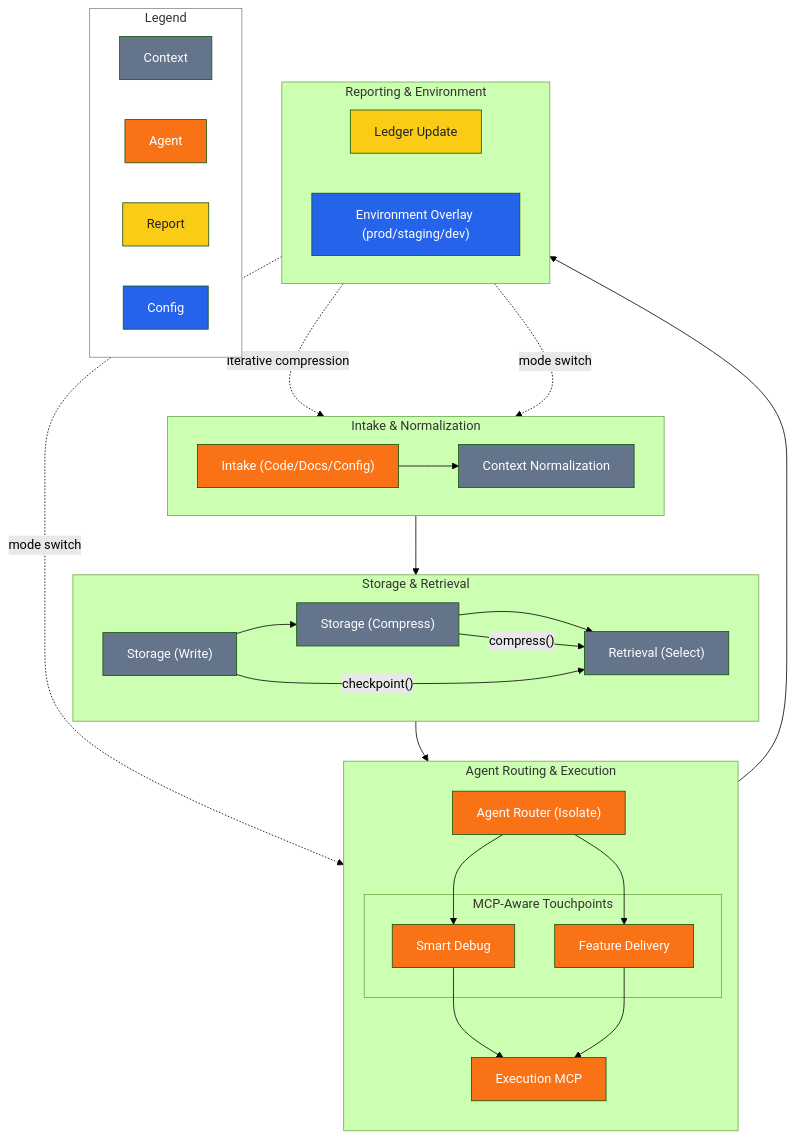
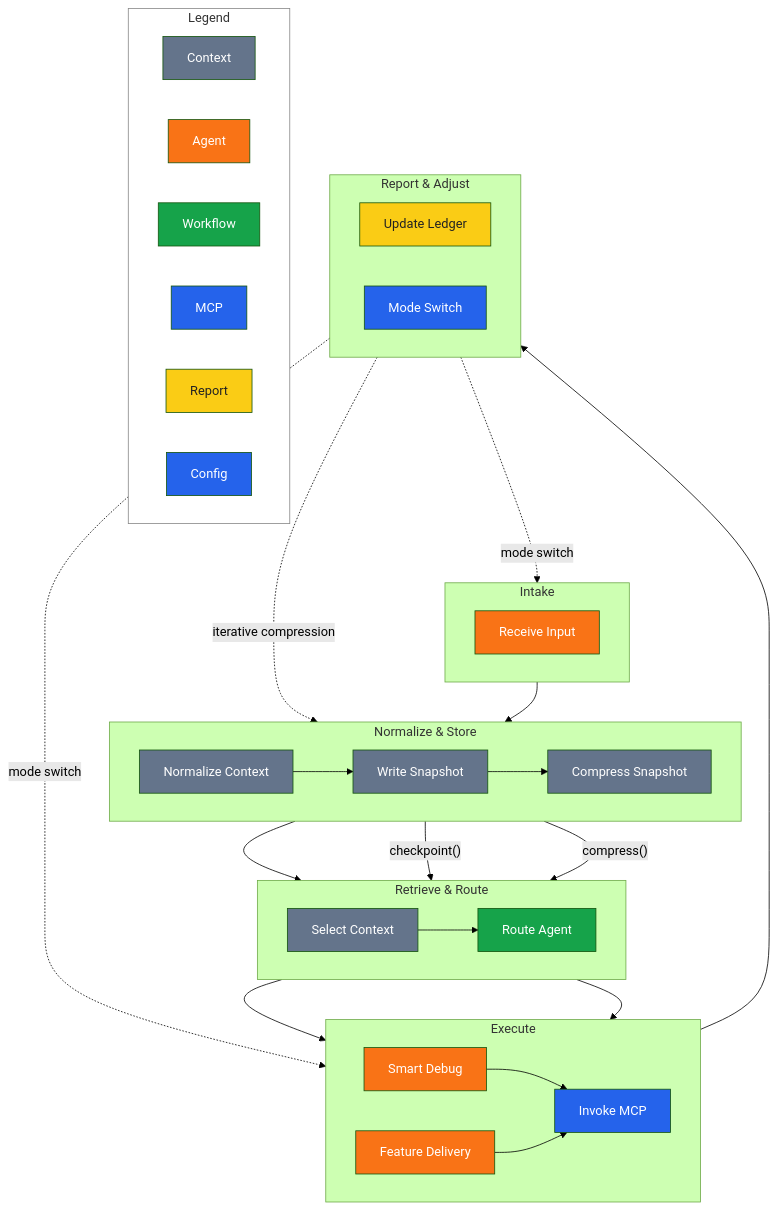
Before and after one commit to Alextorelli/ProspectPro: the diagram in docs/diagrams/tooling/context-orchestration.mmd, drawn with Mermaid (forest theme). The commit also changed 16 other files, not shown here.

Commit message:
docs: update diagrams and manifest, regenerate documentation assets, and refine workspace checklist

```diff
--- a/docs/diagrams/tooling/context-orchestration.mmd
+++ b/docs/diagrams/tooling/context-orchestration.mmd
@@ -1,68 +1,76 @@
 %% Context Orchestration Pipeline
 %% accTitle: Context Orchestration Pipeline
-%% accDescr: Intake through normalization, storage/retrieval, agent routing, execution, and ledger updates with iterative compression
-%% Palette: context #64748b, agent #f97316, report #facc15
+%% accDescr: Top-down context flow from intake through normalization, storage, routing, execution, and reporting
+%% Palette: context #64748b, agent #f97316, workflow #16a34a, mcp #2563eb, report #facc15
 flowchart TD
-  subgraph "Intake & Normalization"
+  subgraph IntakeLayer["Intake"]
     direction LR
-    Intake["Intake (Code/Docs/Config)"]:::agent
-    Normalize["Context Normalization"]:::context
+    Intake["Receive Input"]:::agent
   end
-  subgraph "Storage & Retrieval"
+
+  subgraph NormalizeLayer["Normalize & Store"]
     direction LR
-    Write["Storage (Write)"]:::context
-    Compress["Storage (Compress)"]:::context
-    Retrieve["Retrieval (Select)"]:::context
+    Normalize["Normalize Context"]:::context
+    Write["Write Snapshot"]:::context
+    Compress["Compress Snapshot"]:::context
   end
-  subgraph "Agent Routing & Execution"
-    direction TB
-    Route["Agent Router (Isolate)"]:::agent
-    subgraph Touchpoints["MCP-Aware Touchpoints"]
-      T1["Smart Debug"]:::agent
-      T2["Feature Delivery"]:::agent
-    end
-    Exec["Execution MCP"]:::agent
+
+  subgraph RetrieveLayer["Retrieve & Route"]
+    direction LR
+    Retrieve["Select Context"]:::context
+    Route["Route Agent"]:::workflow
   end
-  subgraph "Reporting & Environment"
+
+  subgraph ExecuteLayer["Execute"]
     direction LR
-    Ledger["Ledger Update"]:::report
-    Env["Environment Overlay (prod/staging/dev)"]:::config
+    SmartDebug["Smart Debug"]:::agent
+    FeatureDelivery["Feature Delivery"]:::agent
+    ExecMCP["Invoke MCP"]:::mcp
+  end
+
+  subgraph ReportLayer["Report & Adjust"]
+    direction LR
+    Ledger["Update Ledger"]:::report
+    Env["Mode Switch"]:::config
   end
 
   Intake --> Normalize
   Normalize --> Write
   Write --> Compress
   Compress --> Retrieve
   Retrieve --> Route
-  Route --> T1
-  Route --> T2
-  T1 --> Exec
-  T2 --> Exec
-  Exec --> Ledger
+  Route --> SmartDebug
+  Route --> FeatureDelivery
+  SmartDebug --> ExecMCP
+  FeatureDelivery --> ExecMCP
+  ExecMCP --> Ledger
   Ledger -.->|"iterative compression"| Normalize
-  
   Env -.->|"mode switch"| Intake
-  Env -.->|"mode switch"| Exec
+  Env -.->|"mode switch"| ExecMCP
 
-  %% API callouts
   Write -- "checkpoint()" --> Retrieve
   Compress -- "compress()" --> Retrieve
 
   classDef context fill:#64748b,color:#fff;
   classDef agent fill:#f97316,color:#fff;
+  classDef workflow fill:#16a34a,color:#fff;
+  classDef mcp fill:#2563eb,color:#fff;
   classDef report fill:#facc15,color:#222;
   classDef config fill:#2563eb,color:#fff;
 
-  %% Legend
-  subgraph LEGEND["Legend"]
+  subgraph Legend["Legend"]
     direction LR
     L1["Context"]
     L2["Agent"]
-    L3["Report"]
-    L4["Config"]
-    style LEGEND fill:#fff,stroke:#888,stroke-width:1px
+    L3["Workflow"]
+    L4["MCP"]
+    L5["Report"]
+    L6["Config"]
+    style Legend fill:#fff,stroke:#888,stroke-width:1px
     style L1 fill:#64748b,color:#fff
     style L2 fill:#f97316,color:#fff
-    style L3 fill:#facc15,color:#222
+    style L3 fill:#16a34a,color:#fff
     style L4 fill:#2563eb,color:#fff
+    style L5 fill:#facc15,color:#222
+    style L6 fill:#2563eb,color:#fff
   end
```
